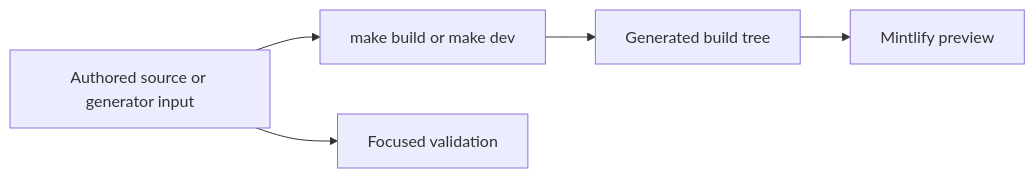
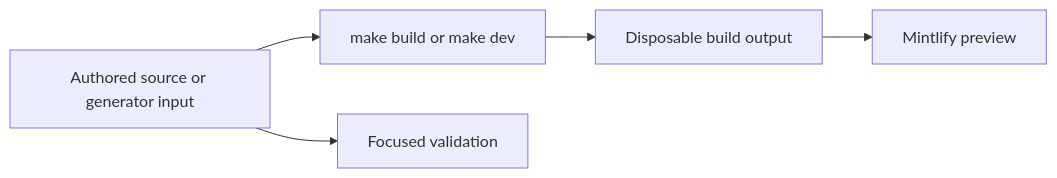
Before and after one commit to langchain-ai/docs: the diagram in openwiki/quickstart.md, drawn with Mermaid. The commit also changed other lines of this file and 21 other files, not shown here.

````diff
--- a/openwiki/quickstart.md
+++ b/openwiki/quickstart.md
@@ -47,7 +55,7 @@
 ```mermaid
 flowchart LR
-  Source["Authored source or generator input"] --> Build["make build or make dev"]
-  Build --> Output["Generated build tree"]
+  Input["Authored source or generator input"] --> Build["make build or make dev"]
+  Build --> Output["Disposable build output"]
   Output --> Preview["Mintlify preview"]
-  Source --> Checks["Focused validation"]
+  Input --> Check["Focused validation"]
 ```
````
